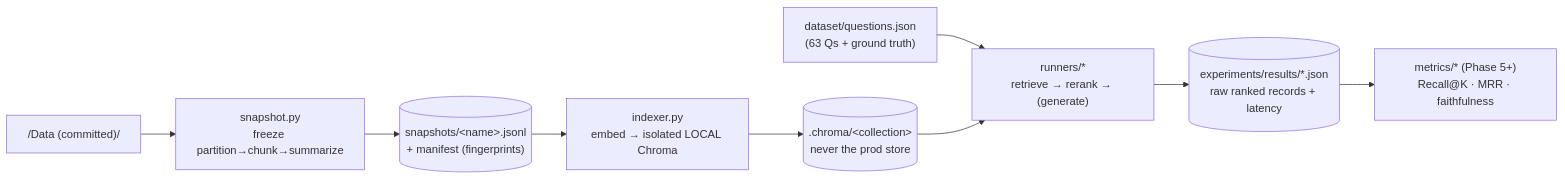
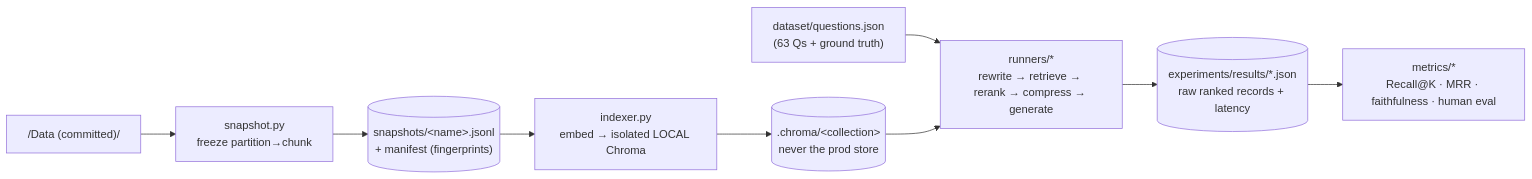
The fourth of 4 diagrams in ARCHITECTURE.md (Harshvardhan0009/uniassist), drawn with Mermaid before and after one commit. The commit also changed other lines of this file, not shown here.

First line of the commit message:
docs: reconcile ARCHITECTURE.md with promoted production system

````diff
--- a/ARCHITECTURE.md
+++ b/ARCHITECTURE.md
@@ -465,11 +517,11 @@
 ```mermaid
 flowchart LR
-    DATA["/Data (committed)/"] --> SNAP["snapshot.py<br/>freeze partition→chunk→summarize"]
+    DATA["/Data (committed)/"] --> SNAP["snapshot.py<br/>freeze partition→chunk"]
     SNAP --> JSONL[("snapshots/&lt;name&gt;.jsonl<br/>+ manifest (fingerprints)")]
     JSONL --> IDX["indexer.py<br/>embed → isolated LOCAL Chroma"]
     IDX --> STORE[(".chroma/&lt;collection&gt;<br/>never the prod store")]
     QS["dataset/questions.json<br/>(63 Qs + ground truth)"] --> RUN
-    STORE --> RUN["runners/*<br/>retrieve → rerank → (generate)"]
+    STORE --> RUN["runners/*<br/>rewrite → retrieve → rerank → compress → generate"]
     RUN --> ART[("experiments/results/*.json<br/>raw ranked records + latency")]
-    ART --> MET["metrics/* (Phase 5+)<br/>Recall@K · MRR · faithfulness"]
+    ART --> MET["metrics/*<br/>Recall@K · MRR · faithfulness · human eval"]
 ```
````
